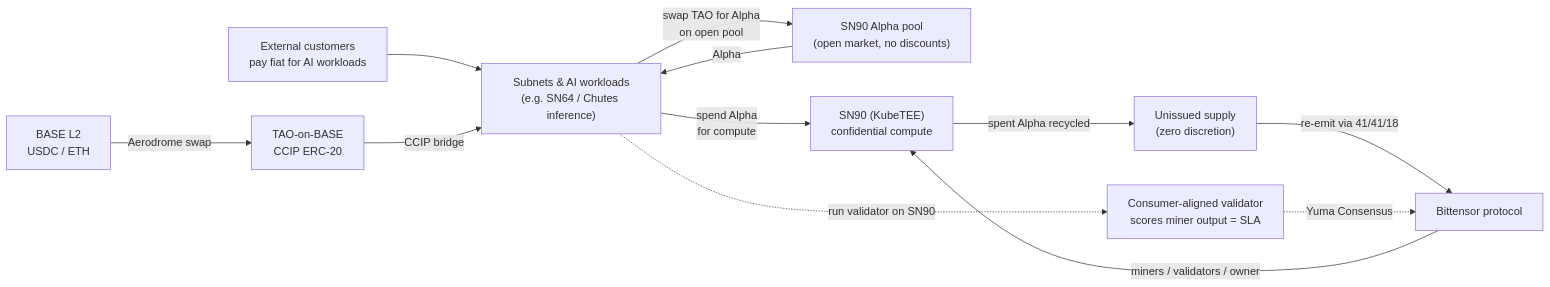
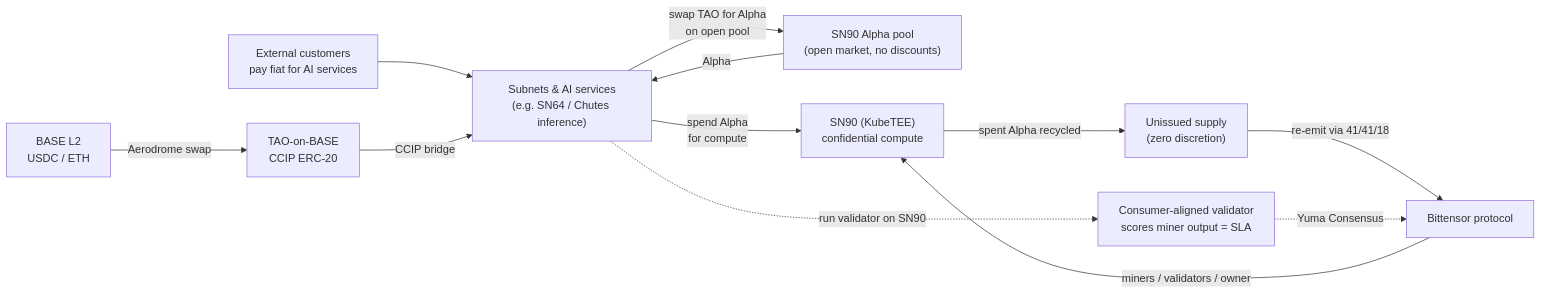
Before and after one commit to KubeTEE-AI/kubetee-subnet: the first of 3 diagrams in docs/TOKENOMICS.md, drawn with Mermaid. The commit also changed other lines of this file and 7 other files, not shown here.

````diff
--- a/docs/TOKENOMICS.md
+++ b/docs/TOKENOMICS.md
@@ -130,14 +130,14 @@
 ```mermaid
 flowchart LR
-    Cust["External customers<br/>pay fiat for AI workloads"] --> Cons["Subnets & AI workloads<br/>(e.g. SN64 / Chutes inference)"]
+    Cust["External customers<br/>pay fiat for AI services"] --> Cons["Subnets & AI services<br/>(e.g. SN64 / Chutes inference)"]
     Base["BASE L2<br/>USDC / ETH"] -->|"Aerodrome swap"| BaseTAO["TAO-on-BASE<br/>CCIP ERC-20"]
     BaseTAO -->|CCIP bridge| Cons
     Cons -->|swap TAO for Alpha<br/>on open pool| Pool["SN90 Alpha pool<br/>(open market, no discounts)"]
     Pool -->|Alpha| Cons
     Cons -->|spend Alpha<br/>for compute| SN90["SN90 (KubeTEE)<br/>confidential compute"]
     SN90 -->|spent Alpha recycled| Unissued["Unissued supply<br/>(zero discretion)"]
     Unissued -->|re-emit via 41/41/18| Proto["Bittensor protocol"]
     Proto -->|miners / validators / owner| SN90
     Cons -.->|run validator on SN90| Val["Consumer-aligned validator<br/>scores miner output = SLA"]
     Val -.->|Yuma Consensus| Proto
 ```
````
